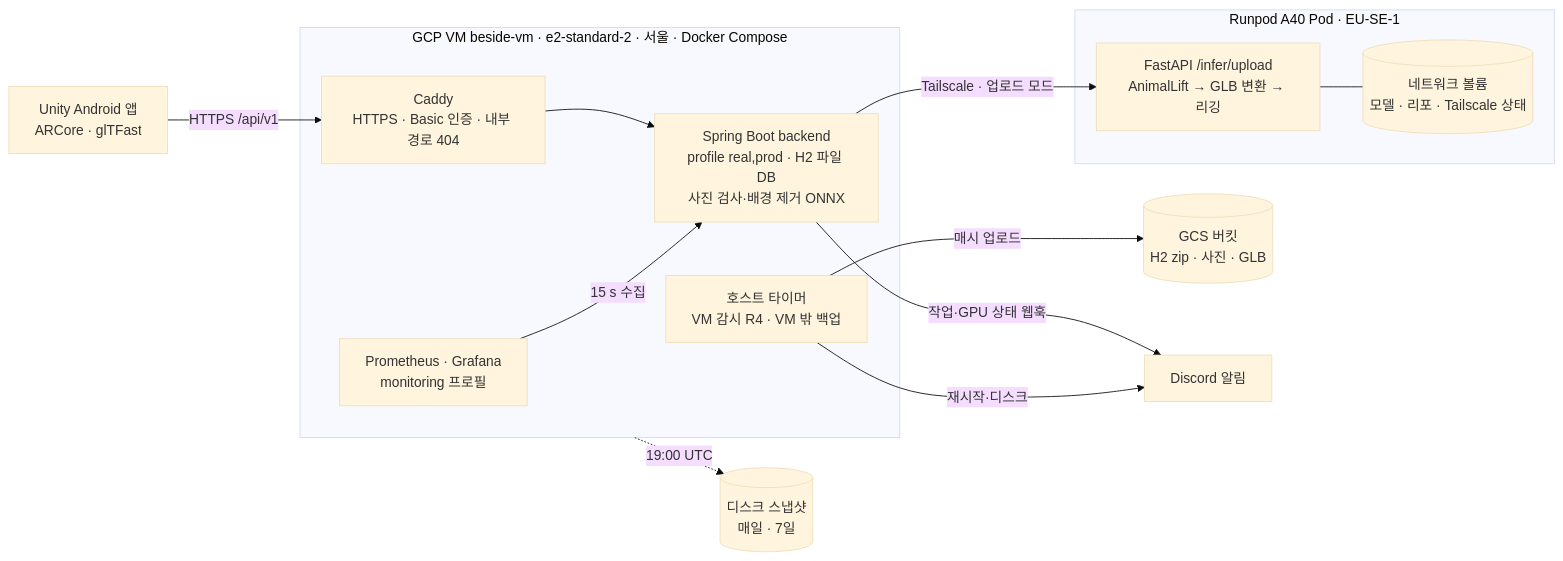
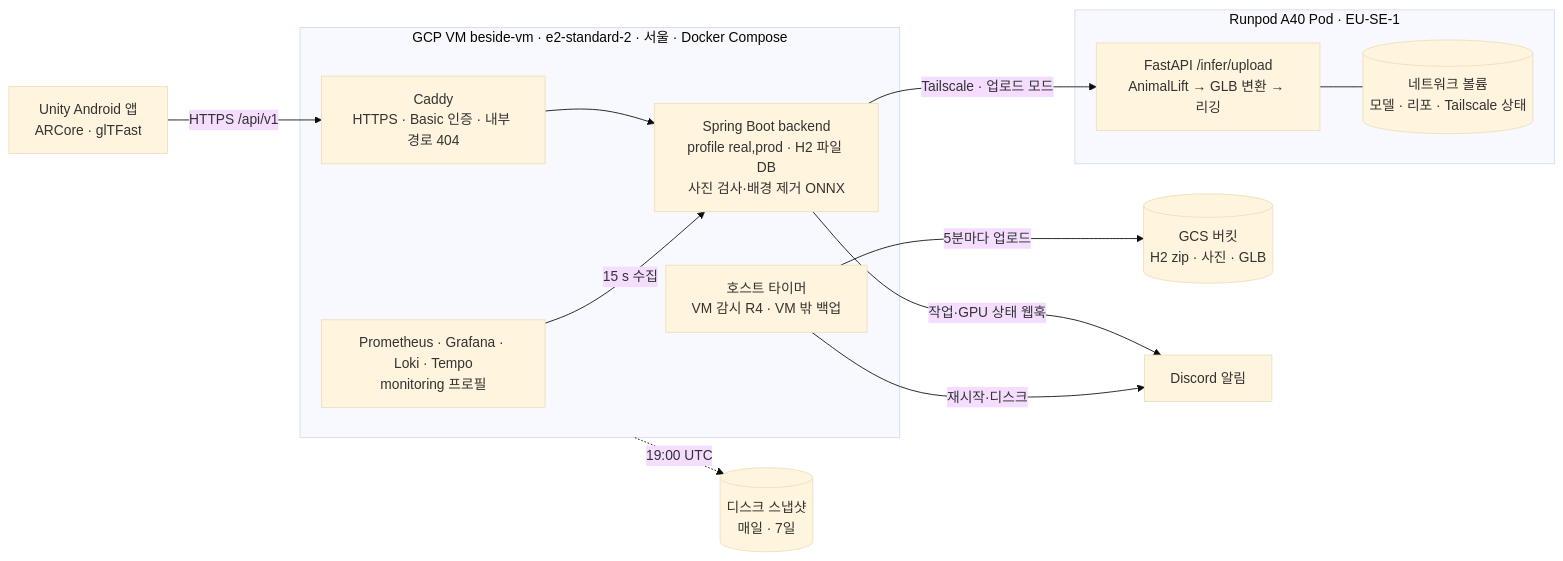
One commit to minwoo3717/Beside changed the diagram in docs/report/최종보고서.md. Above: the diagram before and after it, drawn with Mermaid (base theme). The commit also changed other lines of this file and 1 other file, not shown here.

````diff
--- a/docs/report/최종보고서.md
+++ b/docs/report/최종보고서.md
@@ -29,25 +30,25 @@
 ```mermaid
 flowchart LR
     App["Unity Android 앱<br/>ARCore · glTFast"]
     subgraph VM["GCP VM beside-vm · e2-standard-2 · 서울 · Docker Compose"]
         Caddy["Caddy<br/>HTTPS · Basic 인증 · 내부 경로 404"]
         BE["Spring Boot backend<br/>profile real,prod · H2 파일 DB<br/>사진 검사·배경 제거 ONNX"]
-        Mon["Prometheus · Grafana<br/>monitoring 프로필"]
+        Mon["Prometheus · Grafana · Loki · Tempo<br/>monitoring 프로필"]
         Host["호스트 타이머<br/>VM 감시 R4 · VM 밖 백업"]
     end
     subgraph Pod["Runpod A40 Pod · EU-SE-1"]
         Inf["FastAPI /infer/upload<br/>AnimalLift → GLB 변환 → 리깅"]
         Vol[("네트워크 볼륨<br/>모델 · 리포 · Tailscale 상태")]
     end
     GCS[("GCS 버킷<br/>H2 zip · 사진 · GLB")]
     Snap[("디스크 스냅샷<br/>매일 · 7일")]
     DC["Discord 알림"]
     App -->|"HTTPS /api/v1"| Caddy --> BE
     BE -->|"Tailscale · 업로드 모드"| Inf
     Inf --- Vol
     Mon -->|"15 s 수집"| BE
-    Host -->|"매시 업로드"| GCS
+    Host -->|"5분마다 업로드"| GCS
     VM -.->|"19:00 UTC"| Snap
     BE -->|"작업·GPU 상태 웹훅"| DC
     Host -->|"재시작·디스크"| DC
 ```
````
